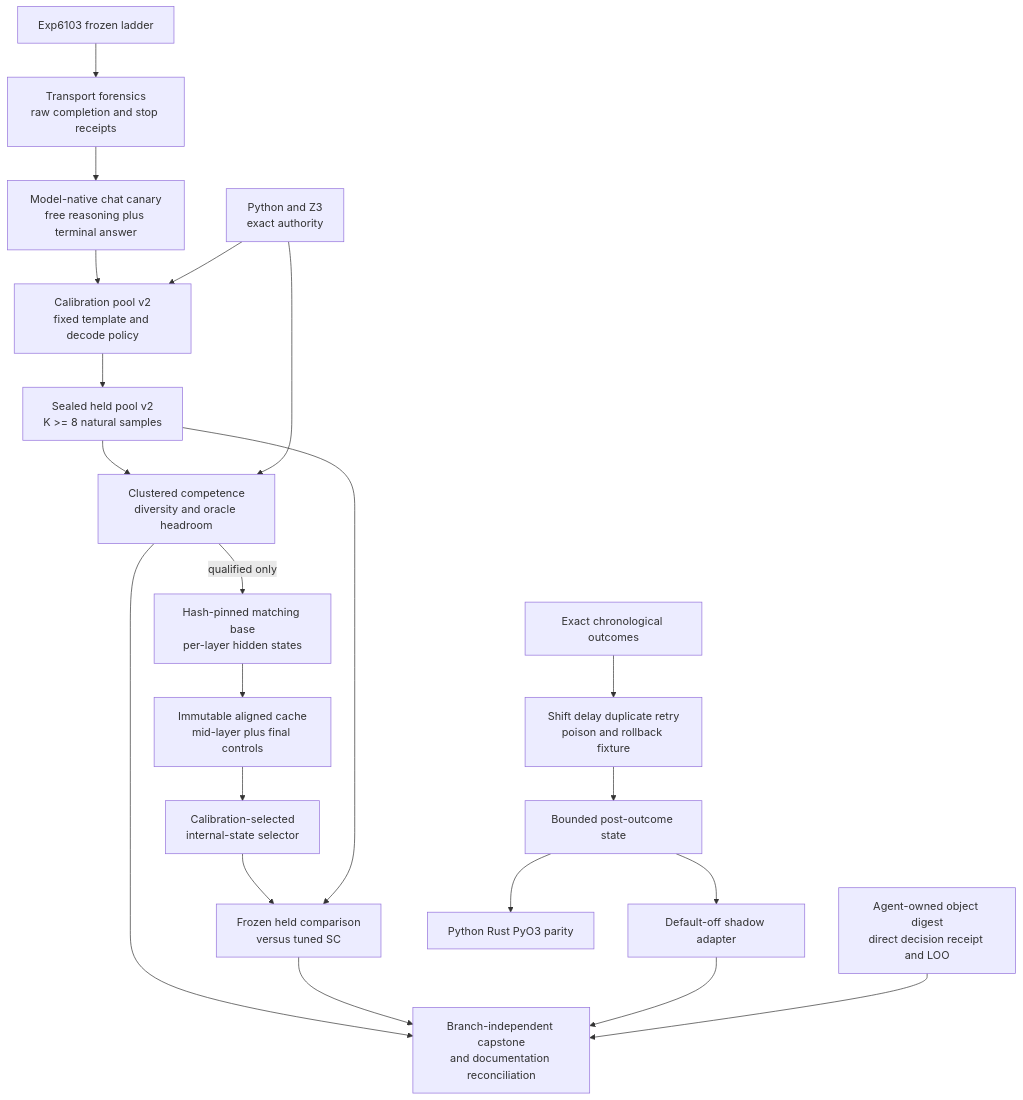
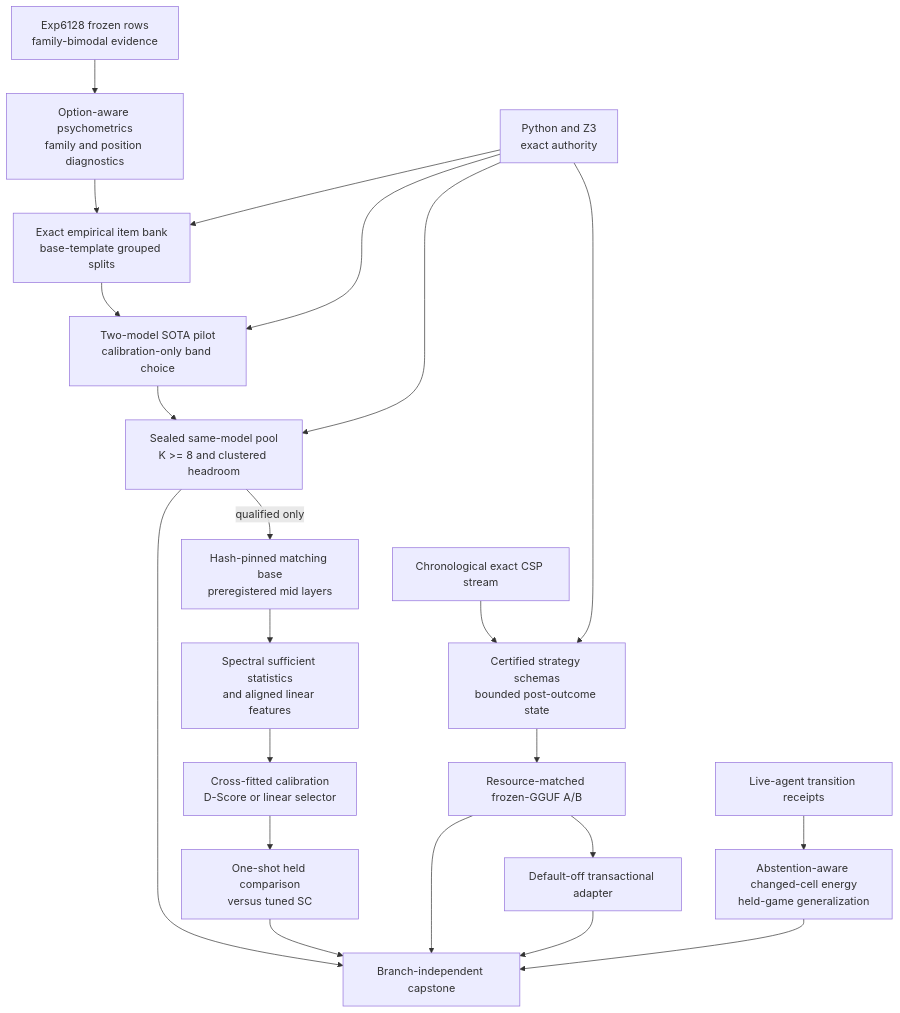
Before and after one commit to Carnot-EBM/carnot-ebm: the diagram in openspec/change-proposals/research-roadmap-vNEXT.md, drawn with Mermaid. The commit also changed other lines of this file and 7 other files, not shown here.

````diff
--- a/openspec/change-proposals/research-roadmap-vNEXT.md
+++ b/openspec/change-proposals/research-roadmap-vNEXT.md
@@ -105,38 +109,39 @@
 ```mermaid
 flowchart TD
-    LADDER[Exp6103 frozen ladder]
-    FORENSICS[Transport forensics\nraw completion and stop receipts]
-    NATIVE[Model-native chat canary\nfree reasoning plus terminal answer]
-    CAL[Calibration pool v2\nfixed template and decode policy]
-    HELD[Sealed held pool v2\nK >= 8 natural samples]
-    AUDIT[Clustered competence\ndiversity and oracle headroom]
+    OLD[Exp6128 frozen rows\nfamily-bimodal evidence]
+    PSY[Option-aware psychometrics\nfamily and position diagnostics]
+    BANK[Exact empirical item bank\nbase-template grouped splits]
+    PILOT[Two-model SOTA pilot\ncalibration-only band choice]
+    POOL[Sealed same-model pool\nK >= 8 and clustered headroom]
     EXACT[Python and Z3\nexact authority]
 
-    BASE[Hash-pinned matching base\nper-layer hidden states]
-    CACHE[Immutable aligned cache\nmid-layer plus final controls]
-    SELECT[Calibration-selected\ninternal-state selector]
-    EVAL[Frozen held comparison\nversus tuned SC]
+    BASE[Hash-pinned matching base\npreregistered mid layers]
+    SPEC[Spectral sufficient statistics\nand aligned linear features]
+    SEL[Cross-fitted calibration\nD-Score or linear selector]
+    HELD[One-shot held comparison\nversus tuned SC]
 
-    EVENTS[Exact chronological outcomes]
-    FIXTURE[Shift delay duplicate retry\npoison and rollback fixture]
-    COMMIT[Bounded post-outcome state]
-    SHADOW[Default-off shadow adapter]
-    ABI[Python Rust PyO3 parity]
+    STREAM[Chronological exact CSP stream]
+    SCHEMA[Certified strategy schemas\nbounded post-outcome state]
+    CSL[Resource-matched frozen-GGUF A/B]
+    SHADOW[Default-off transactional adapter]
 
-    ARC[Agent-owned object digest\ndirect decision receipt and LOO]
-    CAP[Branch-independent capstone\nand documentation reconciliation]
+    TRANS[Live-agent transition receipts]
+    CHANGE[Abstention-aware changed-cell energy\nheld-game generalization]
+    CAP[Branch-independent capstone]
 
-    LADDER --> FORENSICS --> NATIVE --> CAL --> HELD --> AUDIT
-    EXACT --> CAL
-    EXACT --> AUDIT
-    AUDIT -->|qualified only| BASE --> CACHE --> SELECT --> EVAL
-    HELD --> EVAL
+    OLD --> PSY --> BANK --> PILOT --> POOL
+    EXACT --> BANK
+    EXACT --> PILOT
+    EXACT --> POOL
+    POOL -->|qualified only| BASE --> SPEC --> SEL --> HELD
 
-    EVENTS --> FIXTURE --> COMMIT --> SHADOW
-    COMMIT --> ABI
+    STREAM --> SCHEMA --> CSL --> SHADOW
+    EXACT --> SCHEMA
+    TRANS --> CHANGE
 
-    AUDIT --> CAP
-    EVAL --> CAP
+    POOL --> CAP
+    HELD --> CAP
+    CSL --> CAP
     SHADOW --> CAP
-    ARC --> CAP
+    CHANGE --> CAP
 ```
````
